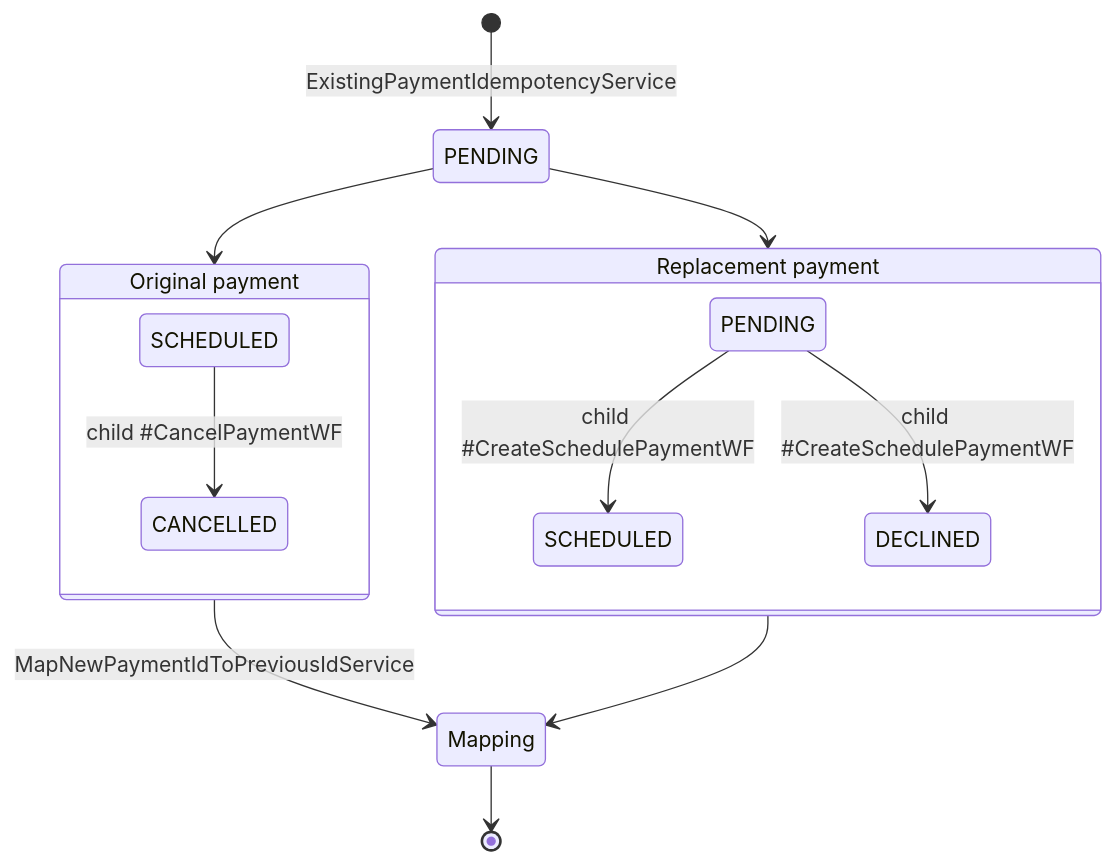
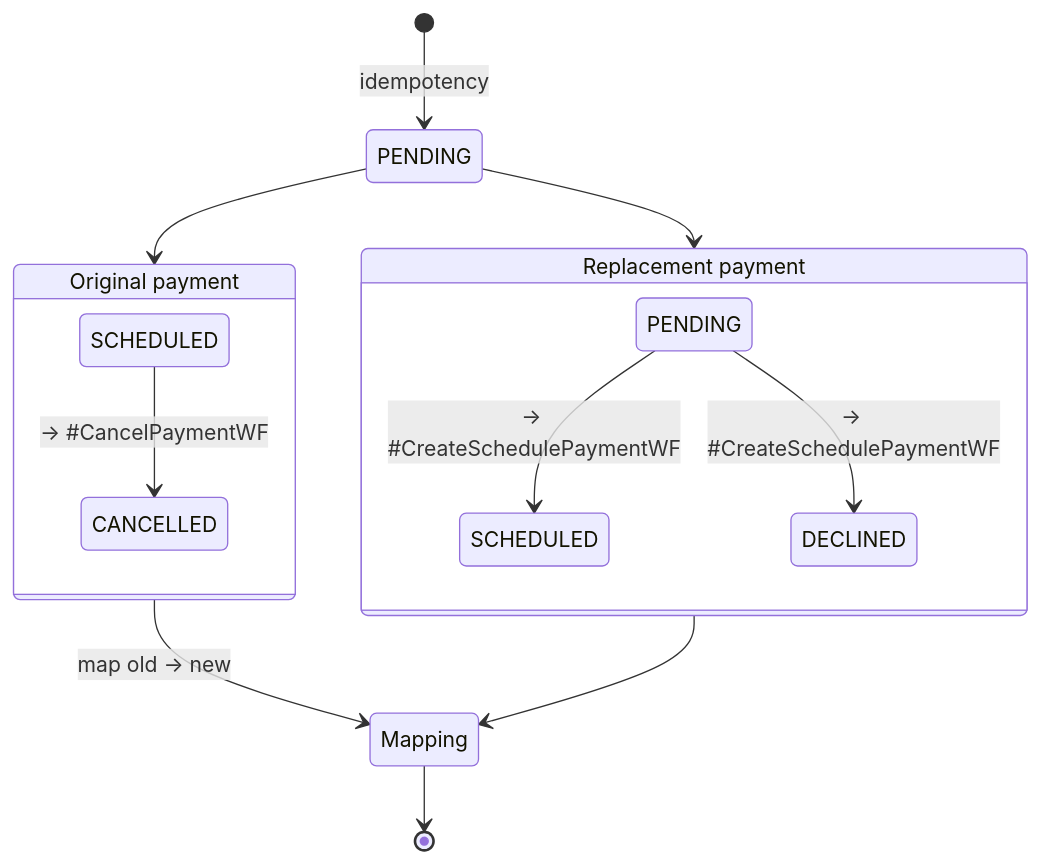
One commit to arunav-bhattacharya/billpay-docs changed the sixth of 11 diagrams in docs/diagrams/state-diagrams.md. Above: the diagram before and after it, drawn with Mermaid. The commit also changed other lines of this file and 4 other files, not shown here.

Commit message:
Enhance Mermaid diagram styling and configuration for JetBrains Mono font

````diff
--- a/docs/diagrams/state-diagrams.md
+++ b/docs/diagrams/state-diagrams.md
@@ -97,22 +132,22 @@
 ```mermaid
 stateDiagram-v2
-  [*] --> PENDING: ExistingPaymentIdempotencyService
+  [*] --> PENDING: idempotency
 
   state "Original payment" as Orig {
-    SCHEDULED --> CANCELLED: child #CancelPaymentWF
+    SCHEDULED --> CANCELLED: → #CancelPaymentWF
   }
 
   state "Replacement payment" as New {
     PENDING_new: PENDING
-    PENDING_new --> SCHEDULED_new: child #CreateSchedulePaymentWF
-    PENDING_new --> DECLINED_new: child #CreateSchedulePaymentWF
+    PENDING_new --> SCHEDULED_new: → #CreateSchedulePaymentWF
+    PENDING_new --> DECLINED_new: → #CreateSchedulePaymentWF
     SCHEDULED_new: SCHEDULED
     DECLINED_new: DECLINED
   }
 
   PENDING --> Orig
   PENDING --> New
-  Orig --> Mapping: MapNewPaymentIdToPreviousIdService
+  Orig --> Mapping: map old → new
   New --> Mapping
   Mapping --> [*]
 ```
````
